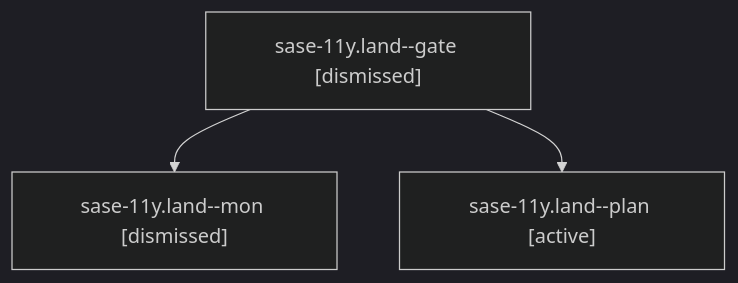
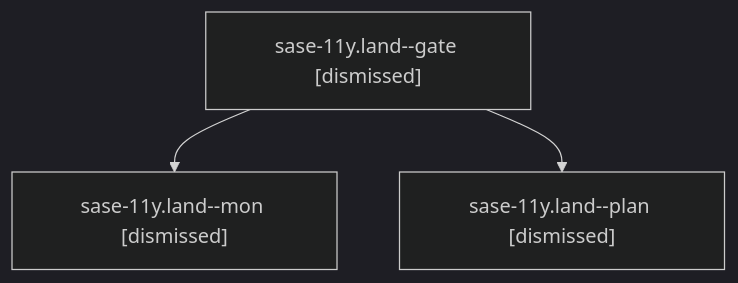
Before and after one commit to sase-org/sase--agents: the diagram in sessions/bbugyi200.athena.sase-11y.land.md, drawn with Mermaid (dark theme). The commit also changed other lines of this file and 306 other files, not shown here.

````diff
--- a/sessions/bbugyi200.athena.sase-11y.land.md
+++ b/sessions/bbugyi200.athena.sase-11y.land.md
@@ -9,8 +9,8 @@
 ```mermaid
 flowchart TD
   n0["sase-11y.land--gate [dismissed]"]
   n1["sase-11y.land--mon [dismissed]"]
   n0 --> n1
-  n2["sase-11y.land--plan [active]"]
+  n2["sase-11y.land--plan [dismissed]"]
   n0 --> n2
 ```
````
